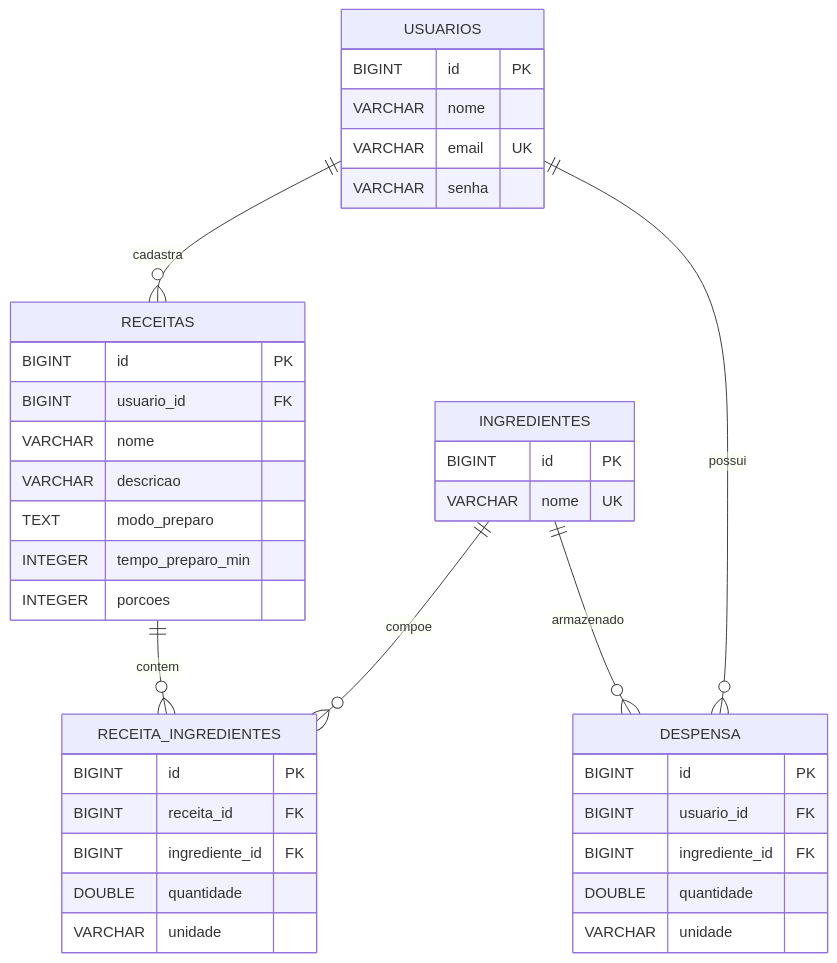
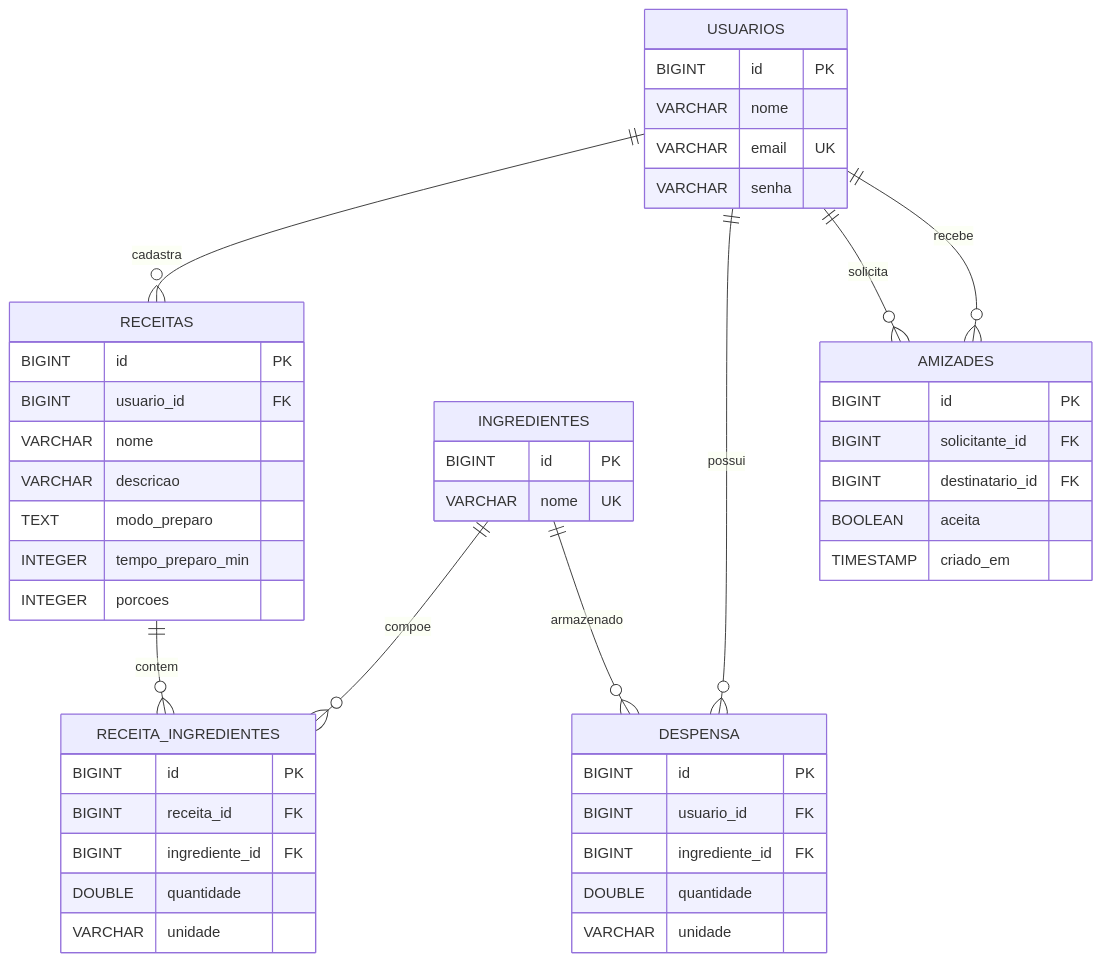
Before and after one commit to LeoDG20/cozinha-em-dia: the diagram in docs/MODELAGEM.md, drawn with Mermaid. The commit also changed other lines of this file and 2 other files, not shown here.

Commit message:
Atualiza a documentação com amigos, lista de mercado e medidas
- README: funcionalidades novas, regra de conversão entre medidas
  caseiras, massa e volume, e remoção da menção às fotos na tela de
  entrada;
- MODELAGEM.md: tabela amizades, regra de compartilhamento entre amigos
  e regras de conversão;
- ROTAS_HTTP.md: rotas de amigos, mercado e medidas.

````diff
--- a/docs/MODELAGEM.md
+++ b/docs/MODELAGEM.md
@@ -5,42 +5,51 @@
 ```mermaid
 erDiagram
     USUARIOS ||--o{ RECEITAS : cadastra
     RECEITAS ||--o{ RECEITA_INGREDIENTES : contem
     INGREDIENTES ||--o{ RECEITA_INGREDIENTES : compoe
     USUARIOS ||--o{ DESPENSA : possui
     INGREDIENTES ||--o{ DESPENSA : armazenado
+    USUARIOS ||--o{ AMIZADES : solicita
+    USUARIOS ||--o{ AMIZADES : recebe
 
     USUARIOS {
       BIGINT id PK
       VARCHAR nome
       VARCHAR email UK
       VARCHAR senha
+    }
+    AMIZADES {
+      BIGINT id PK
+      BIGINT solicitante_id FK
+      BIGINT destinatario_id FK
+      BOOLEAN aceita
+      TIMESTAMP criado_em
     }
     RECEITAS {
       BIGINT id PK
       BIGINT usuario_id FK
       VARCHAR nome
       VARCHAR descricao
       TEXT modo_preparo
       INTEGER tempo_preparo_min
       INTEGER porcoes
     }
     INGREDIENTES {
       BIGINT id PK
       VARCHAR nome UK
     }
     RECEITA_INGREDIENTES {
       BIGINT id PK
       BIGINT receita_id FK
       BIGINT ingrediente_id FK
       DOUBLE quantidade
       VARCHAR unidade
     }
     DESPENSA {
       BIGINT id PK
       BIGINT usuario_id FK
       BIGINT ingrediente_id FK
       DOUBLE quantidade
       VARCHAR unidade
     }
 ```
````
